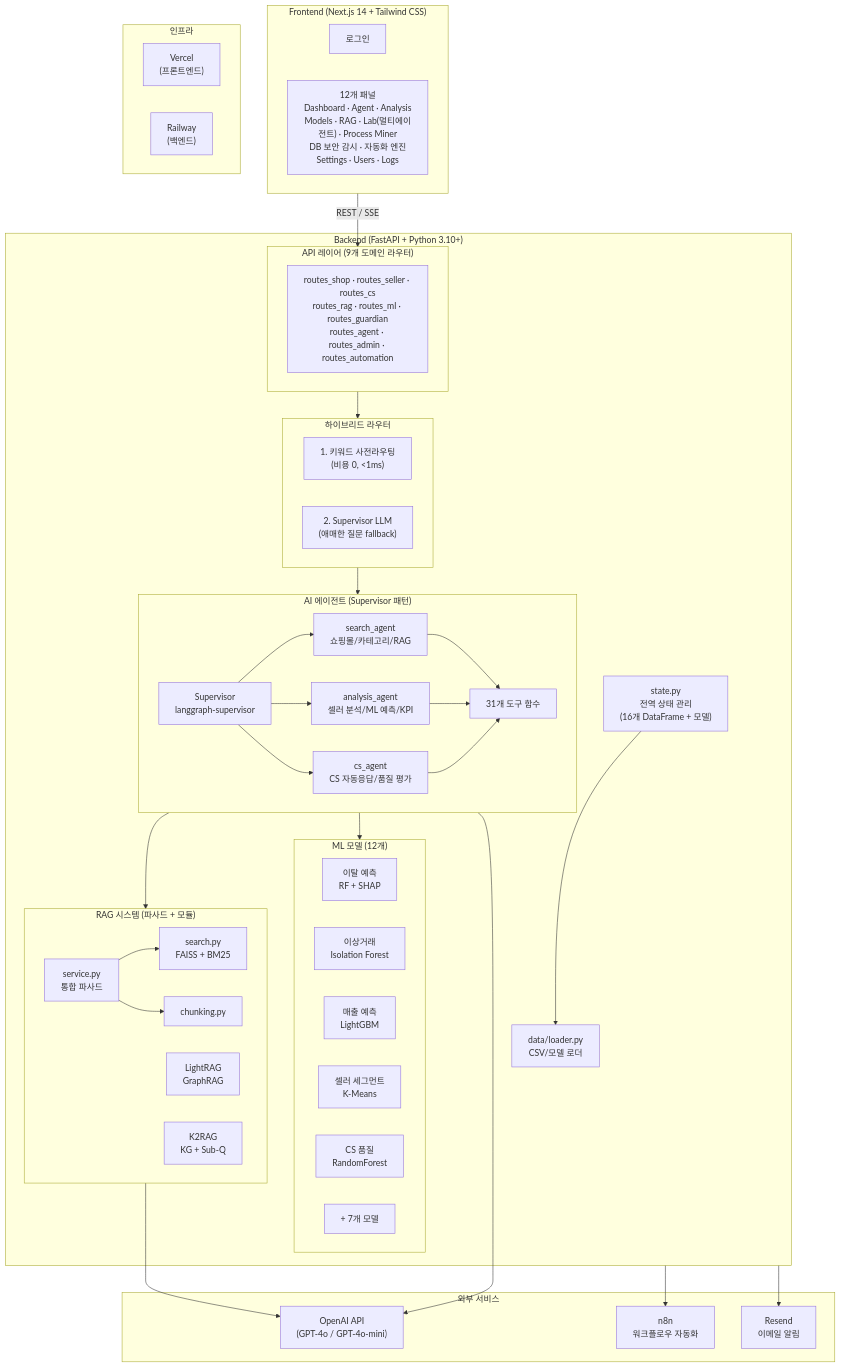
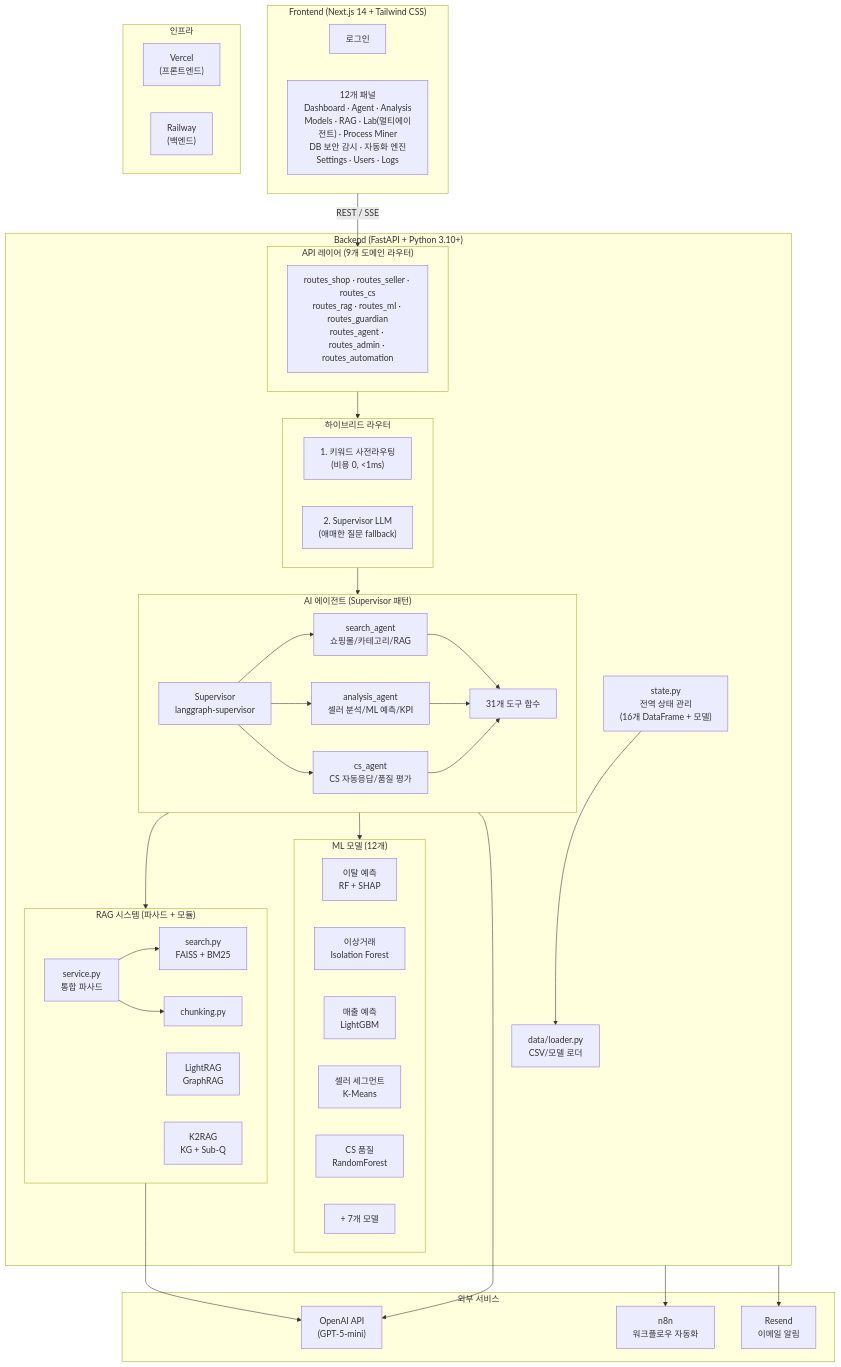
One commit to ASNGG/cafe24-demo changed the first of 7 diagrams in README.md. Above: the diagram before and after it, drawn with Mermaid. The commit also changed other lines of this file and 25 other files, not shown here.

````diff
--- a/README.md
+++ b/README.md
@@ -240,76 +268,76 @@
 ```mermaid
 flowchart TB
     subgraph Frontend["Frontend (Next.js 14 + Tailwind CSS)"]
         Login[로그인]
         Panels["12개 패널<br/>Dashboard · Agent · Analysis<br/>Models · RAG · Lab(멀티에이전트) · Process Miner<br/>DB 보안 감시 · 자동화 엔진<br/>Settings · Users · Logs"]
     end
 
     subgraph Backend["Backend (FastAPI + Python 3.10+)"]
         subgraph API["API 레이어 (9개 도메인 라우터)"]
             Routes["routes_shop · routes_seller · routes_cs<br/>routes_rag · routes_ml · routes_guardian<br/>routes_agent · routes_admin · routes_automation"]
         end
 
         subgraph Router["하이브리드 라우터"]
             R1["1. 키워드 사전라우팅<br/>(비용 0, <1ms)"]
             R2["2. Supervisor LLM<br/>(애매한 질문 fallback)"]
         end
 
         subgraph Agent["AI 에이전트 (Supervisor 패턴)"]
             Supervisor["Supervisor<br/>langgraph-supervisor"]
             SearchAgent["search_agent<br/>쇼핑몰/카테고리/RAG"]
             AnalysisAgent["analysis_agent<br/>셀러 분석/ML 예측/KPI"]
             CSAgent["cs_agent<br/>CS 자동응답/품질 평가"]
             Tools["31개 도구 함수"]
         end
 
         subgraph RAGSystem["RAG 시스템 (파사드 + 모듈)"]
             Service["service.py<br/>통합 파사드"]
             HybridRAG["search.py<br/>FAISS + BM25"]
             LightRAGNode["LightRAG<br/>GraphRAG"]
             K2RAGNode["K2RAG<br/>KG + Sub-Q"]
             Chunking["chunking.py"]
         end
 
         subgraph MLModels["ML 모델 (12개)"]
             Churn["이탈 예측<br/>RF + SHAP"]
             Fraud["이상거래<br/>Isolation Forest"]
             Revenue["매출 예측<br/>LightGBM"]
             Segment["셀러 세그먼트<br/>K-Means"]
             CSQuality["CS 품질<br/>RandomForest"]
             Others["+ 7개 모델"]
         end
 
         State["state.py<br/>전역 상태 관리<br/>(16개 DataFrame + 모델)"]
         DataLoader["data/loader.py<br/>CSV/모델 로더"]
     end
 
     subgraph External["외부 서비스"]
-        OpenAI["OpenAI API<br/>(GPT-4o / GPT-4o-mini)"]
+        OpenAI["OpenAI API<br/>(GPT-5-mini)"]
         n8n["n8n<br/>워크플로우 자동화"]
         Resend["Resend<br/>이메일 알림"]
     end
 
     subgraph Infra["인프라"]
         Vercel["Vercel<br/>(프론트엔드)"]
         Railway["Railway<br/>(백엔드)"]
     end
 
     Frontend -->|"REST / SSE"| API
     API --> Router
     Router --> Agent
     Agent --> RAGSystem
     Agent --> MLModels
     Agent --> OpenAI
     Service --> HybridRAG
     Service --> Chunking
     RAGSystem --> OpenAI
     Supervisor --> SearchAgent
     Supervisor --> AnalysisAgent
     Supervisor --> CSAgent
     SearchAgent --> Tools
     AnalysisAgent --> Tools
     CSAgent --> Tools
     Backend --> n8n
     Backend --> Resend
     State --> DataLoader
 ```
````
